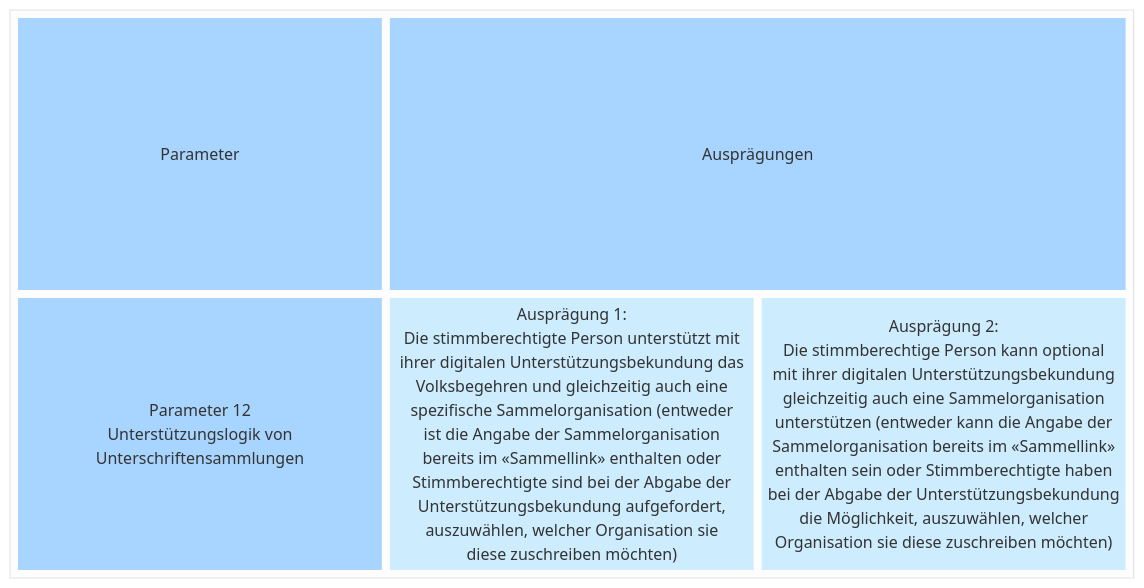
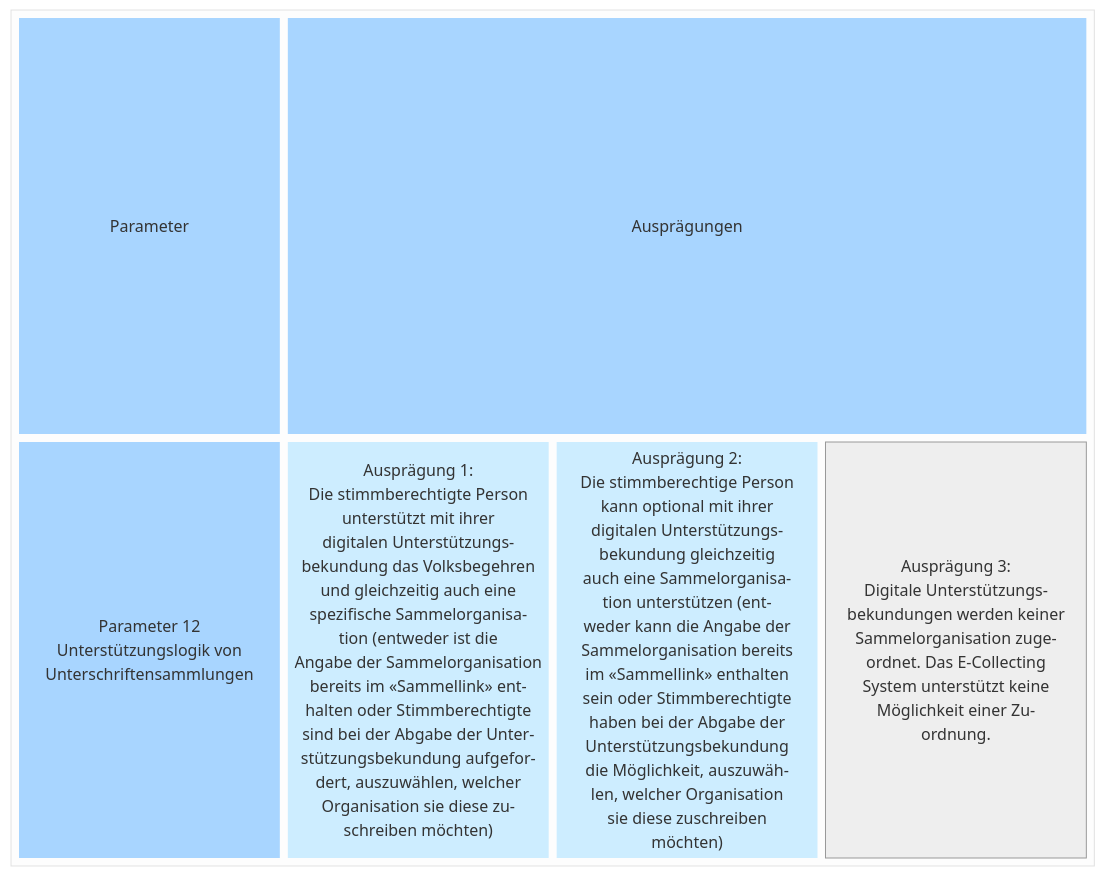
One commit to swiss/e-collecting changed the second of 2 diagrams in docs/morphological-box/parameter-12.md. Above: the diagram before and after it, drawn with Mermaid (neutral theme). The commit also changed other lines of this file, not shown here.

Commit message:
docs: update parameter-12.md (new variant 3)

````diff
--- a/docs/morphological-box/parameter-12.md
+++ b/docs/morphological-box/parameter-12.md
@@ -68,37 +85,57 @@
 ```mermaid
 block
   block
-    columns 3
+    columns 4
     t1["Parameter"]
-    t2["Ausprägungen"]:2
+    t2["Ausprägungen"]:3
     d["Parameter 12
     Unterstützungslogik von
     Unterschriftensammlungen "]
     a1["Ausprägung 1:
-    Die stimmberechtigte Person unterstützt mit
-    ihrer digitalen Unterstützungsbekundung das
-    Volksbegehren und gleichzeitig auch eine
-    spezifische Sammelorganisation (entweder
-    ist die Angabe der Sammelorganisation
-    bereits im «Sammellink» enthalten oder
-    Stimmberechtigte sind bei der Abgabe der
-    Unterstützungsbekundung aufgefordert,
-    auszuwählen, welcher Organisation sie
-    diese zuschreiben möchten)"]
+    Die stimmberechtigte Person
+    unterstützt mit ihrer
+    digitalen Unterstützungs-
+    bekundung das Volksbegehren
+    und gleichzeitig auch eine
+    spezifische Sammelorganisa-
+    tion (entweder ist die
+    Angabe der Sammelorganisation
+    bereits im «Sammellink» ent-
+    halten oder Stimmberechtigte
+    sind bei der Abgabe der Unter-
+    stützungsbekundung aufgefor-
+    dert, auszuwählen, welcher
+    Organisation sie diese zu-
+    schreiben möchten)"]
     a2["Ausprägung 2:
-    Die stimmberechtige Person kann optional
-    mit ihrer digitalen Unterstützungsbekundung
-    gleichzeitig auch eine Sammelorganisation
-    unterstützen (entweder kann die Angabe der
-    Sammelorganisation bereits im «Sammellink»
-    enthalten sein oder Stimmberechtigte haben
-    bei der Abgabe der Unterstützungsbekundung
-    die Möglichkeit, auszuwählen, welcher
-    Organisation sie diese zuschreiben möchten)"]
+    Die stimmberechtige Person
+    kann optional mit ihrer
+    digitalen Unterstützungs-
+    bekundung gleichzeitig
+    auch eine Sammelorganisa-
+    tion unterstützen (ent-
+    weder kann die Angabe der
+    Sammelorganisation bereits
+    im «Sammellink» enthalten
+    sein oder Stimmberechtigte 
+    haben bei der Abgabe der
+    Unterstützungsbekundung
+    die Möglichkeit, auszuwäh-
+    len, welcher Organisation
+    sie diese zuschreiben
+    möchten)"]
+    a3["Ausprägung 3:
+    Digitale Unterstützungs-
+    bekundungen werden keiner
+    Sammelorganisation zuge-
+    ordnet. Das E-Collecting
+    System unterstützt keine
+    Möglichkeit einer Zu-
+    ordnung."]
     style t1 fill:#a8d5ff,stroke-width:0px
     style t2 fill:#a8d5ff,stroke-width:0px
     style d fill:#a8d5ff,stroke-width:0px,text-valign:top
     style a1 fill:#cdedff,stroke-width:0px
     style a2 fill:#cdedff,stroke-width:0px
   end
 ```
````
